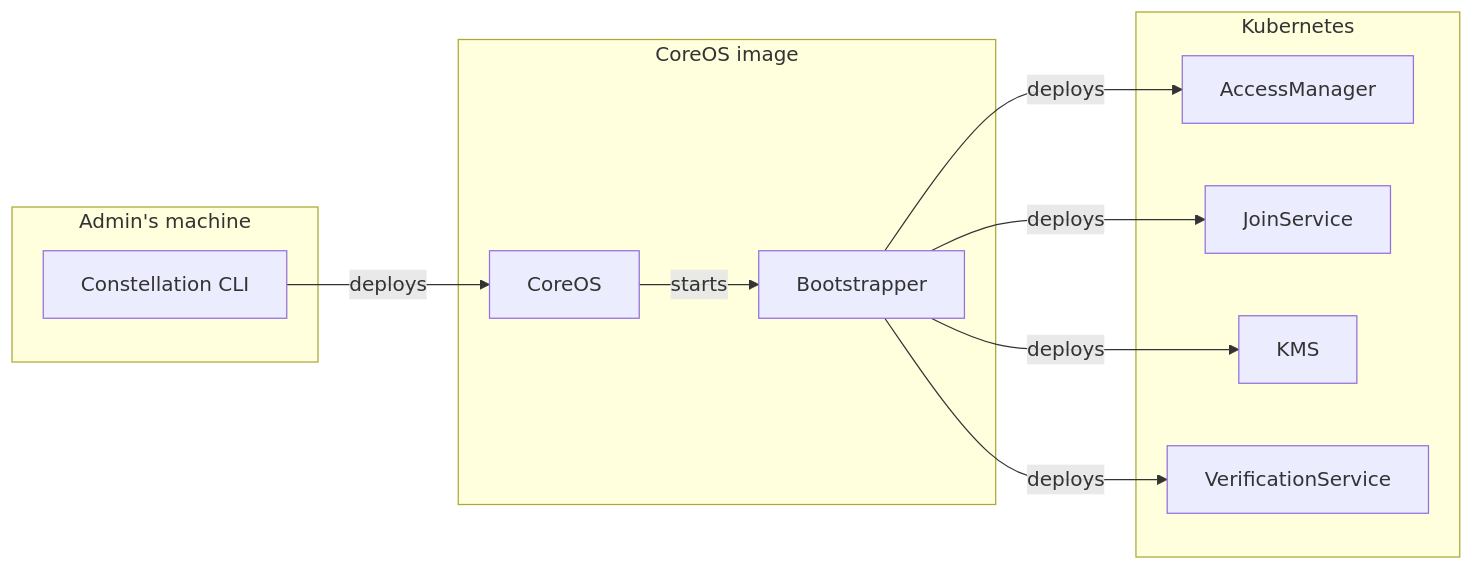
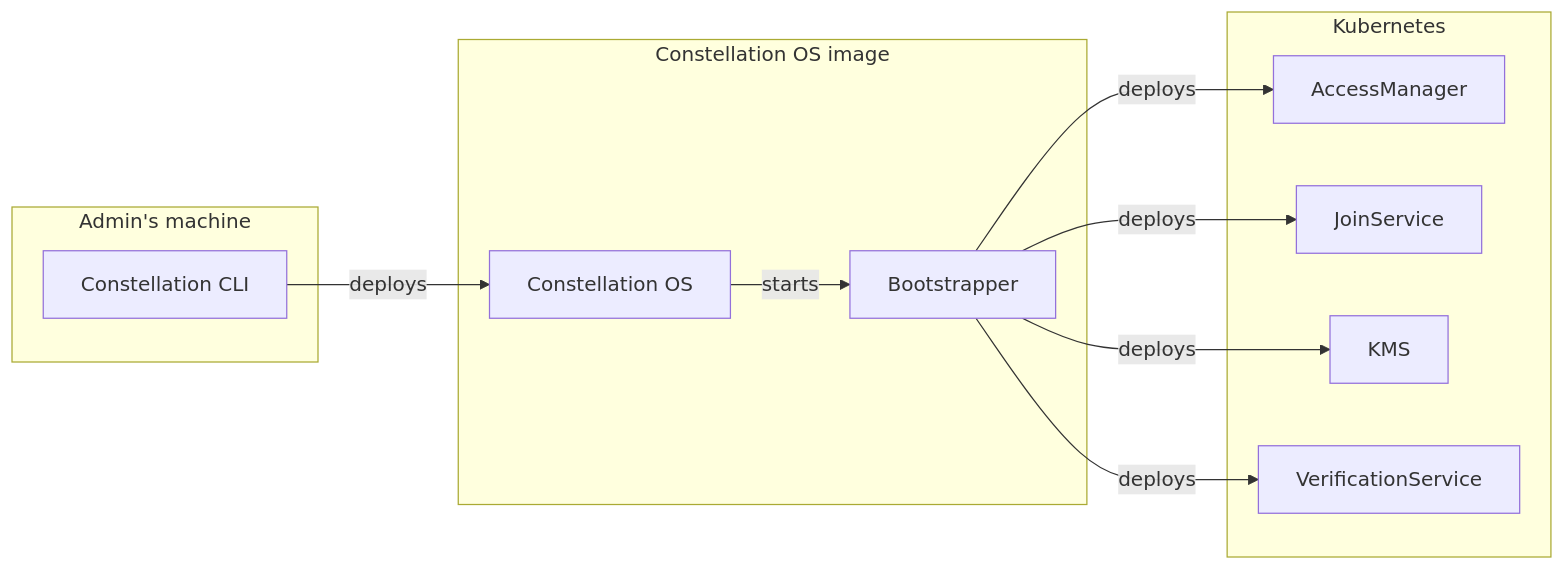
One commit to edgelesssys/constellation changed the first of 2 diagrams in docs/docs/architecture/components.md. Above: the diagram before and after it, drawn with Mermaid. The commit also changed 2 other files, not shown here.

Commit message:
docs: Updates for transition CoreOS -> mkosi / Fedora

````diff
--- a/docs/docs/architecture/components.md
+++ b/docs/docs/architecture/components.md
@@ -15,22 +15,22 @@
 ```mermaid
 flowchart LR
     subgraph admin [Admin's machine]
         A[Constellation CLI]
     end
-    subgraph img [CoreOS image]
-        B[CoreOS]
+    subgraph img [Constellation OS image]
+        B[Constellation OS]
         C[Bootstrapper]
     end
     subgraph Kubernetes
         D[AccessManager]
         E[JoinService]
         F[KMS]
         G[VerificationService]
     end
     A -- deploys -->
     B -- starts --> C
     C -- deploys --> D
     C -- deploys --> E
     C -- deploys --> F
     C -- deploys --> G
 ```
````
